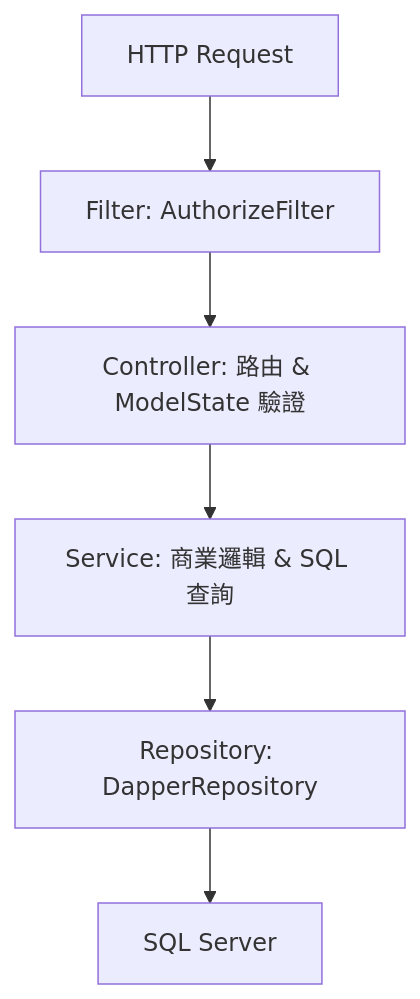
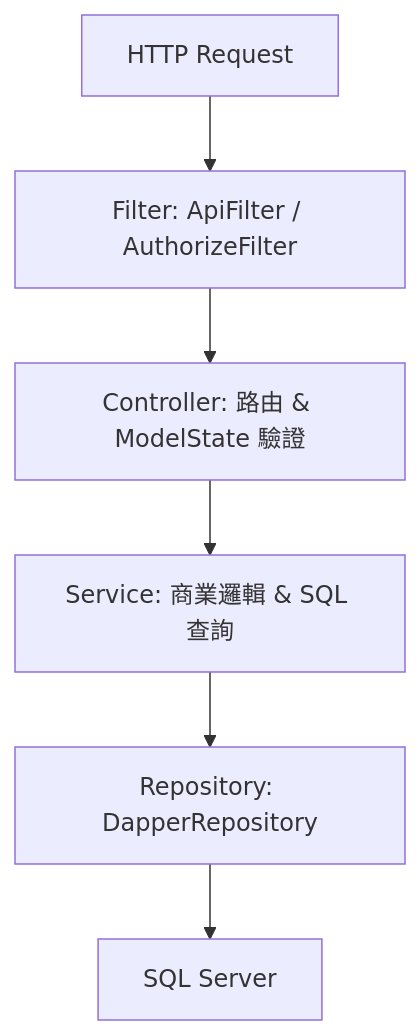
One commit to s7514381/HOP-CFP-Backend changed the diagram in HOP-CFP-Backend/BACKEND_PROJECT_INDEX.md. Above: the diagram before and after it, drawn with Mermaid. The commit also changed other lines of this file and 24 other files, not shown here.

````diff
--- a/HOP-CFP-Backend/BACKEND_PROJECT_INDEX.md
+++ b/HOP-CFP-Backend/BACKEND_PROJECT_INDEX.md
@@ -45,8 +45,8 @@
 ```mermaid
 graph TD
-    A[HTTP Request] --> B[Filter: AuthorizeFilter]
+    A[HTTP Request] --> B[Filter: ApiFilter / AuthorizeFilter]
     B --> C[Controller: 路由 & ModelState 驗證]
     C --> D[Service: 商業邏輯 & SQL 查詢]
     D --> E[Repository: DapperRepository]
     E --> F[SQL Server]
 ```
````
